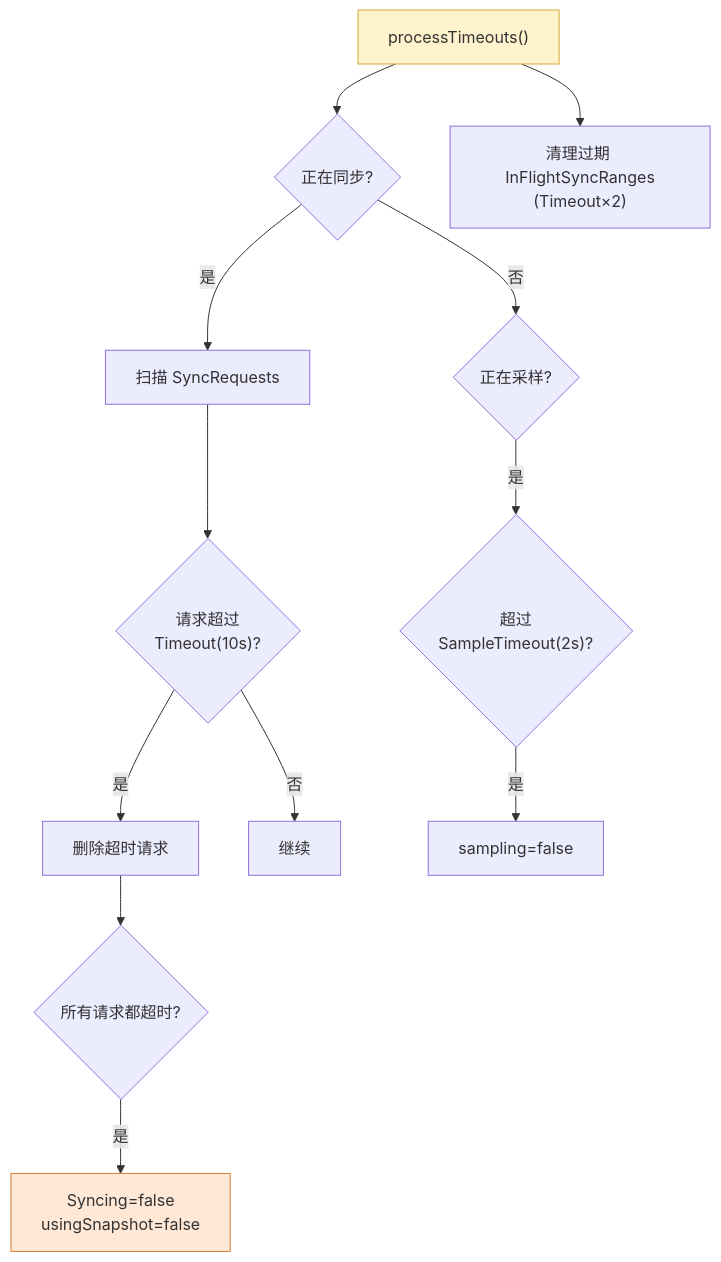
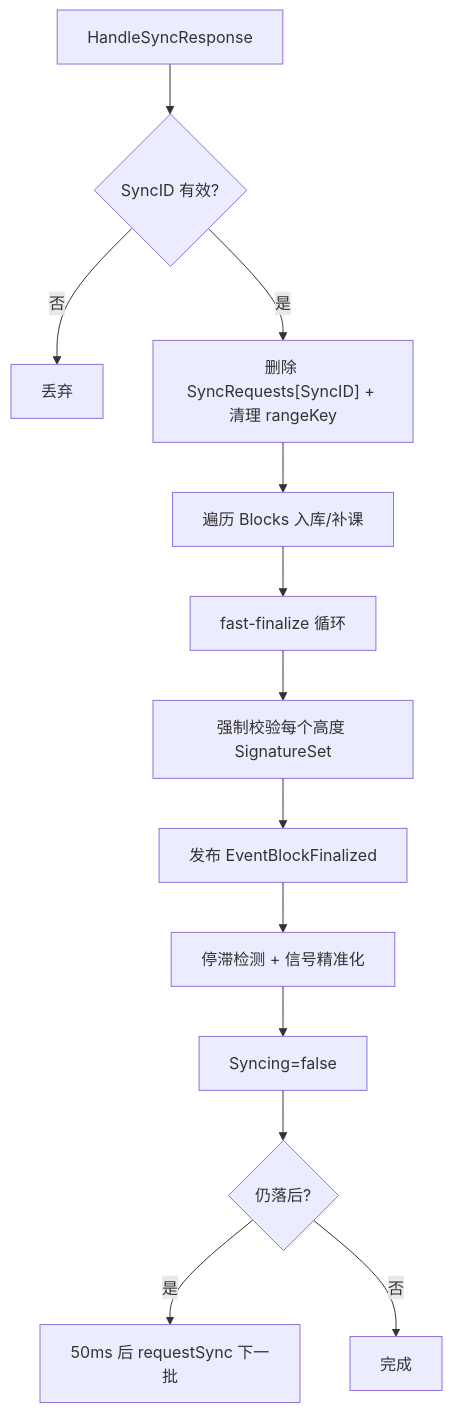
Before and after one commit to davidLeeeeeeeeeeee/dex: the fifth of 6 diagrams in consensus/sync_flow.md, drawn with Mermaid. The commit also changed other lines of this file and 36 other files, not shown here.

````diff
--- a/consensus/sync_flow.md
+++ b/consensus/sync_flow.md
@@ -429,19 +261,15 @@
 ```mermaid
 flowchart TD
-    TICK["processTimeouts()"] --> CHECK_SYNC{正在同步?}
-    CHECK_SYNC -->|是| SCAN_REQ["扫描 SyncRequests"]
-    SCAN_REQ --> REQ_TIMEOUT{"请求超过<br>Timeout(10s)?"}
-    REQ_TIMEOUT -->|是| DEL_REQ["删除超时请求"]
-    REQ_TIMEOUT -->|否| NEXT_REQ[继续]
-    DEL_REQ --> ALL_GONE{"所有请求都超时?"}
-    ALL_GONE -->|是| RESET_SYNC["Syncing=false<br>usingSnapshot=false"]
-
-    CHECK_SYNC -->|否| CHECK_SAMPLE{正在采样?}
-    CHECK_SAMPLE -->|是| SAMPLE_TIMEOUT{"超过<br>SampleTimeout(2s)?"}
-    SAMPLE_TIMEOUT -->|是| RESET_SAMPLE["sampling=false"]
-
-    TICK --> CLEAN_RANGE["清理过期 InFlightSyncRanges<br>(Timeout×2)"]
-
-    style TICK fill:#fff3cd,stroke:#d6a735
-    style RESET_SYNC fill:#ffe8d6,stroke:#d67f35
+    A["HandleSyncResponse"] --> B{"SyncID 有效?"}
+    B -->|否| Z["丢弃"]
+    B -->|是| C["删除 SyncRequests[SyncID] + 清理 rangeKey"]
+    C --> D["遍历 Blocks 入库/补课"]
+    D --> E["fast-finalize 循环"]
+    E --> F["强制校验每个高度 SignatureSet"]
+    F --> G["发布 EventBlockFinalized"]
+    G --> H["停滞检测 + 信号精准化"]
+    H --> I["Syncing=false"]
+    I --> J{"仍落后?"}
+    J -->|是| K["50ms 后 requestSync 下一批"]
+    J -->|否| L["完成"]
 ```
````
